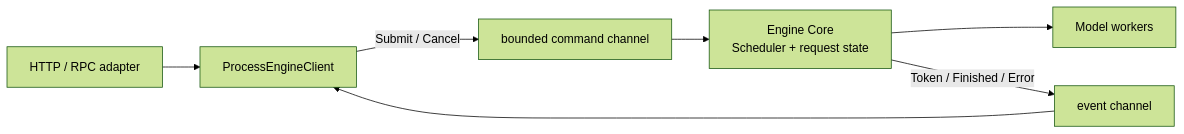
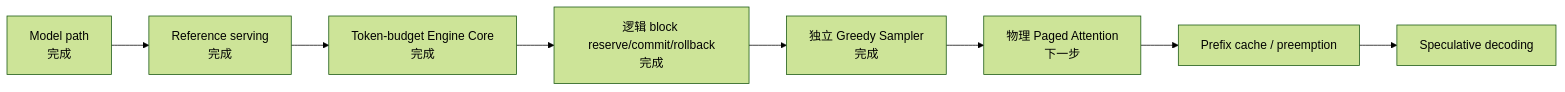
The third of 3 diagrams in docs/design.md (poorpaper/light-vllm), drawn with Mermaid (forest theme) before and after one commit. The commit also changed other lines of this file and 57 other files, not shown here.

Commit message:
feat: add engine core and KV cache runtime

````diff
--- a/docs/design.md
+++ b/docs/design.md
@@ -377,9 +174,10 @@
 ```mermaid
 flowchart LR
-    Adapter["HTTP / RPC adapter"] --> Client["ProcessEngineClient"]
-    Client -->|Submit / Cancel| Commands["bounded command channel"]
-    Commands --> Core["Engine Core<br/>Scheduler + request state"]
-    Core --> Worker["Model workers"]
-    Core -->|Token / Finished / Error| Events["event channel"]
-    Events --> Client
+    Model["Model path<br/>完成"] --> Serving["Reference serving<br/>完成"]
+    Serving --> Core["Token-budget Engine Core<br/>完成"]
+    Core --> Logical["逻辑 block reserve/commit/rollback<br/>完成"]
+    Logical --> Sampling["独立 Greedy Sampler<br/>完成"]
+    Sampling --> Paged["物理 Paged Attention<br/>下一步"]
+    Paged --> Prefix["Prefix cache / preemption"]
+    Prefix --> Spec["Speculative decoding"]
 ```
````
